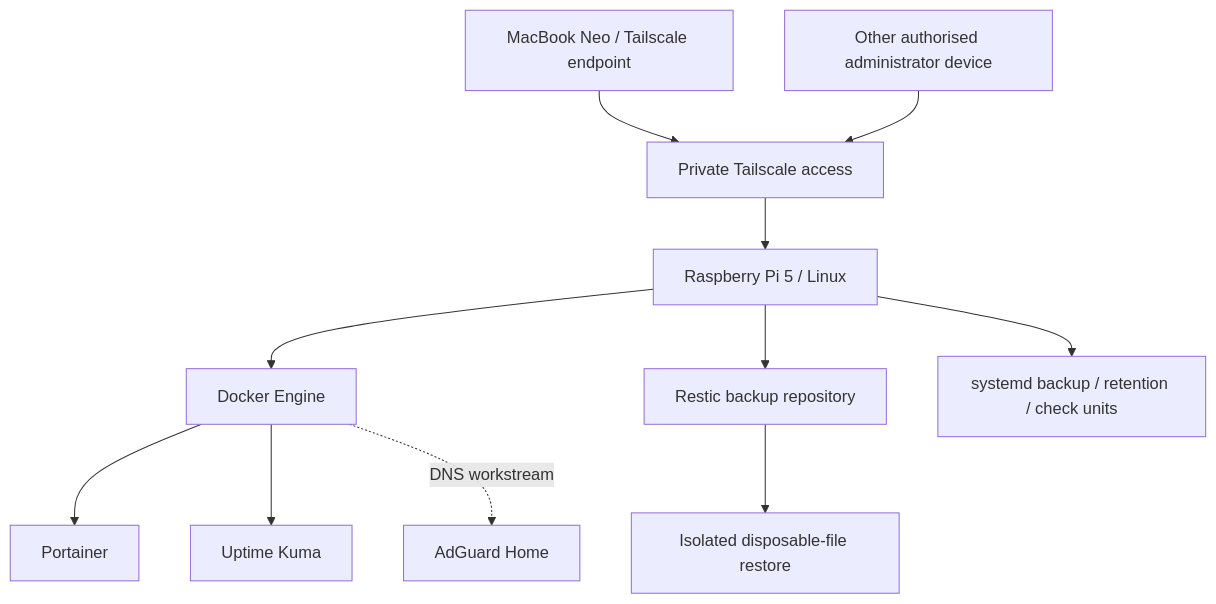
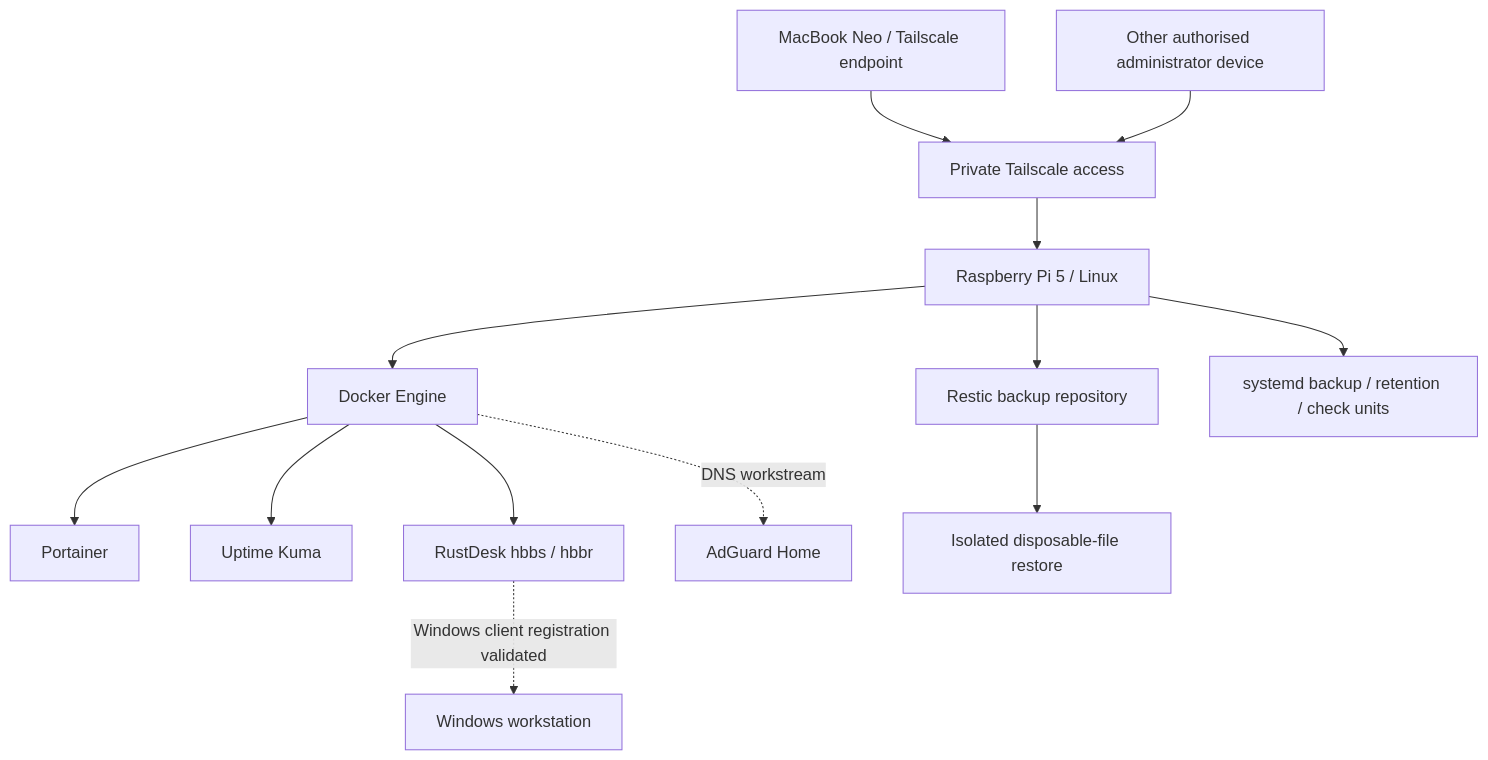
Before and after one commit to localhostjohn/astra-infrastructure-lab: the diagram in docs/raspberry-pi-operations.md, drawn with Mermaid. The commit also changed other lines of this file, not shown here.

Commit message:
docs: record Pi RustDesk deployment and pending validation

````diff
--- a/docs/raspberry-pi-operations.md
+++ b/docs/raspberry-pi-operations.md
@@ -13,13 +13,15 @@
 ```mermaid
 flowchart TB
     M[MacBook Neo / Tailscale endpoint] --> B[Private Tailscale access]
     A[Other authorised administrator device] --> B
     B --> P[Raspberry Pi 5 / Linux]
     P --> D[Docker Engine]
     D --> C[Portainer]
     D --> U[Uptime Kuma]
+    D --> RD[RustDesk hbbs / hbbr]
+    RD -. Windows client registration validated .-> W[Windows workstation]
     D -. DNS workstream .-> G[AdGuard Home]
     P --> R[Restic backup repository]
     P --> S[systemd backup / retention / check units]
     R --> T[Isolated disposable-file restore]
 ```
````
